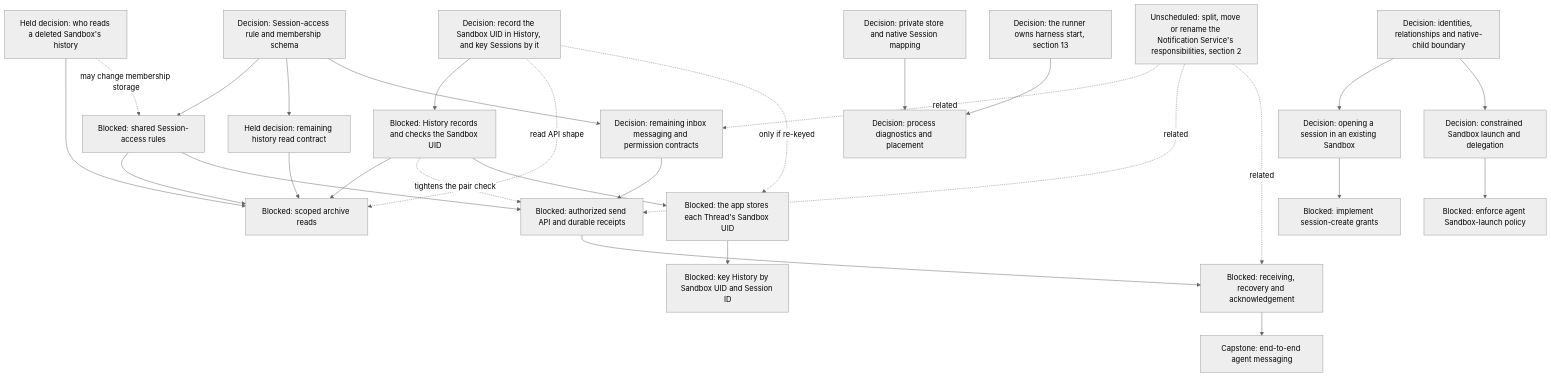
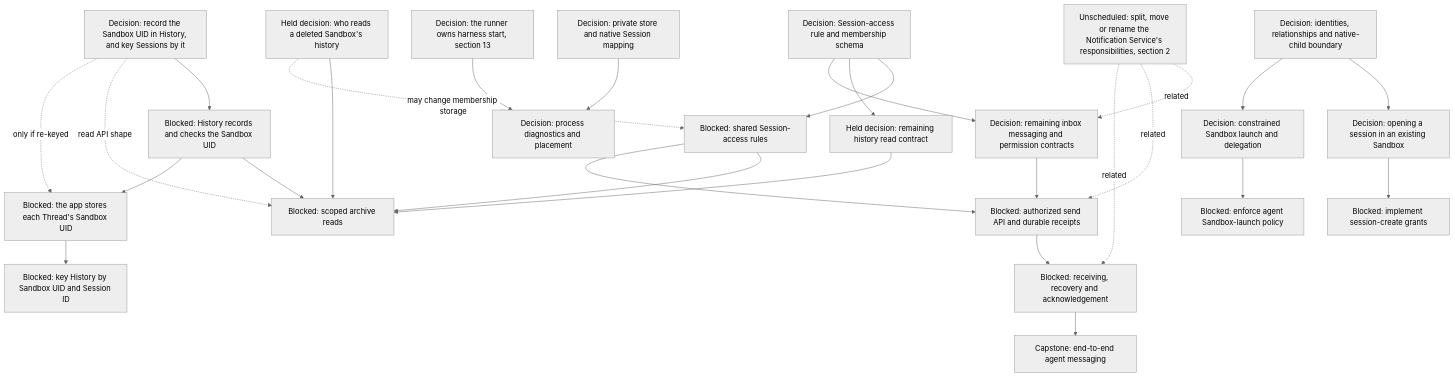
One commit to agentydragon-agent/ducktape changed the fifth of 16 diagrams in agentplane/plans/task_dag.md. Above: the diagram before and after it, drawn with Mermaid (neutral theme). The commit also changed other lines of this file, not shown here.

First line of the commit message:
docs(agentplane): message ingress does not wait on the History Sandbox UID (#10941)

````diff
--- a/agentplane/plans/task_dag.md
+++ b/agentplane/plans/task_dag.md
@@ -250,50 +250,49 @@
 ```mermaid
 flowchart TD
     MULTIAGENT_MODEL[Decision: identities, relationships and native-child boundary]
     SESSION_ACCESS_RULES_DESIGN[Decision: Session-access rule and membership schema]
     SESSION_ACCESS_RULES[Blocked: shared Session-access rules]
     THREAD_READ_POLICY_DESIGN[Held decision: remaining history read contract]
     HISTORY_ACCESS_AFTER_DELETION[Held decision: who reads a deleted Sandbox's history]
     THREAD_READ_POLICY[Blocked: scoped archive reads]
     HISTORY_SESSION_KEY_DESIGN[Decision: record the Sandbox UID in History, and key Sessions by it]
     HISTORY_SANDBOX_UID[Blocked: History records and checks the Sandbox UID]
     APP_THREAD_SANDBOX_UID[Blocked: the app stores each Thread's Sandbox UID]
     HISTORY_SESSION_REKEY[Blocked: key History by Sandbox UID and Session ID]
     AGENT_MESSAGING_DESIGN[Decision: remaining inbox messaging and permission contracts]
     AGENT_MESSAGE_INGRESS[Blocked: authorized send API and durable receipts]
     AGENT_MESSAGE_RECEPTION[Blocked: receiving, recovery and acknowledgement]
     AGENT_MESSAGING[Capstone: end-to-end agent messaging]
     THREAD_CREATE_POLICY[Decision: opening a session in an existing Sandbox]
     THREAD_CREATE_AUTHORIZATION[Blocked: implement session-create grants]
     AGENT_LAUNCH_POLICY_DESIGN[Decision: constrained Sandbox launch and delegation]
     AGENT_SANDBOX_LAUNCH[Blocked: enforce agent Sandbox-launch policy]
     MULTIAGENT_MODEL --> THREAD_CREATE_POLICY
     MULTIAGENT_MODEL --> AGENT_LAUNCH_POLICY_DESIGN
     SESSION_ACCESS_RULES_DESIGN --> SESSION_ACCESS_RULES
     SESSION_ACCESS_RULES_DESIGN --> THREAD_READ_POLICY_DESIGN
     SESSION_ACCESS_RULES_DESIGN --> AGENT_MESSAGING_DESIGN
     THREAD_READ_POLICY_DESIGN --> THREAD_READ_POLICY
     HISTORY_ACCESS_AFTER_DELETION --> THREAD_READ_POLICY
     HISTORY_ACCESS_AFTER_DELETION -. may change membership storage .-> SESSION_ACCESS_RULES
     SESSION_ACCESS_RULES --> THREAD_READ_POLICY
     HISTORY_SESSION_KEY_DESIGN --> HISTORY_SANDBOX_UID
     HISTORY_SESSION_KEY_DESIGN -. read API shape .-> THREAD_READ_POLICY
     HISTORY_SESSION_KEY_DESIGN -. only if re-keyed .-> APP_THREAD_SANDBOX_UID
     HISTORY_SANDBOX_UID --> THREAD_READ_POLICY
-    HISTORY_SANDBOX_UID -. tightens the pair check .-> AGENT_MESSAGE_INGRESS
     HISTORY_SANDBOX_UID --> APP_THREAD_SANDBOX_UID
     APP_THREAD_SANDBOX_UID --> HISTORY_SESSION_REKEY
     SESSION_ACCESS_RULES --> AGENT_MESSAGE_INGRESS
     AGENT_MESSAGING_DESIGN --> AGENT_MESSAGE_INGRESS
     AGENT_MESSAGE_INGRESS --> AGENT_MESSAGE_RECEPTION
     NOTIFICATION_SERVICE_SPLIT[Unscheduled: split, move or rename the Notification Service's responsibilities, section 2] -. related .-> AGENT_MESSAGING_DESIGN
     NOTIFICATION_SERVICE_SPLIT -. related .-> AGENT_MESSAGE_INGRESS
     NOTIFICATION_SERVICE_SPLIT -. related .-> AGENT_MESSAGE_RECEPTION
     AGENT_MESSAGE_RECEPTION --> AGENT_MESSAGING
     THREAD_CREATE_POLICY --> THREAD_CREATE_AUTHORIZATION
     AGENT_LAUNCH_POLICY_DESIGN --> AGENT_SANDBOX_LAUNCH
     RUNNER_HARNESS_OBJECTS_DESIGN[Decision: process diagnostics and placement]
     HARNESS_IDENTITY_DESIGN[Decision: private store and native Session mapping]
     HARNESS_IDENTITY_DESIGN --> RUNNER_HARNESS_OBJECTS_DESIGN
     HARNESS_LIFECYCLE_OWNERSHIP[Decision: the runner owns harness start, section 13] --> RUNNER_HARNESS_OBJECTS_DESIGN
 ```
````
